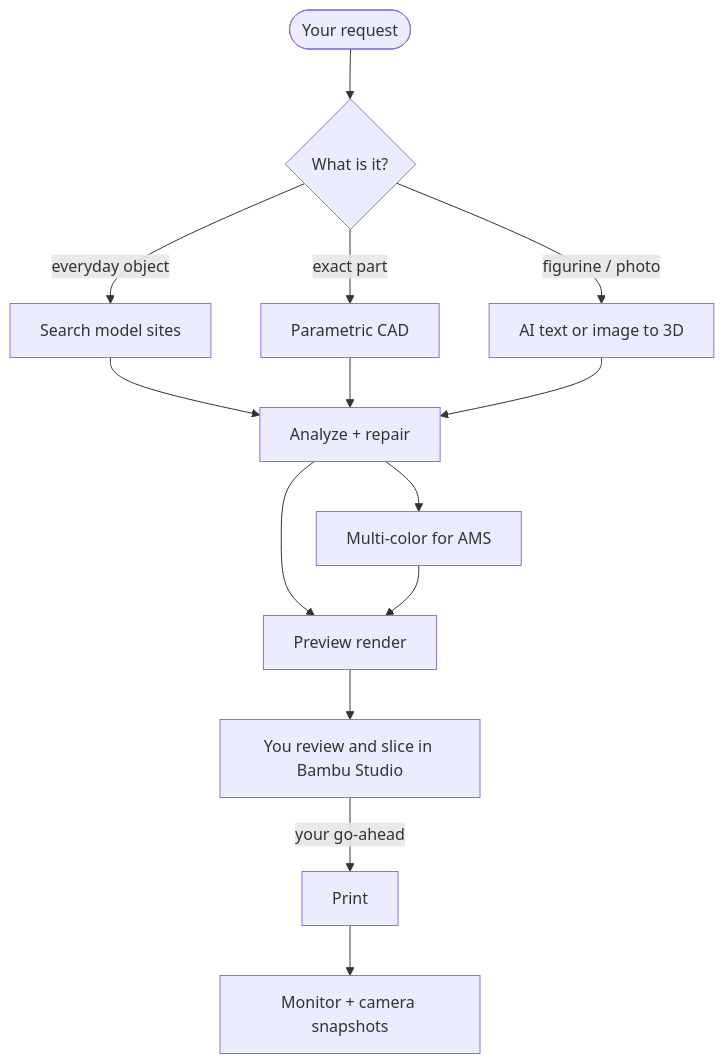
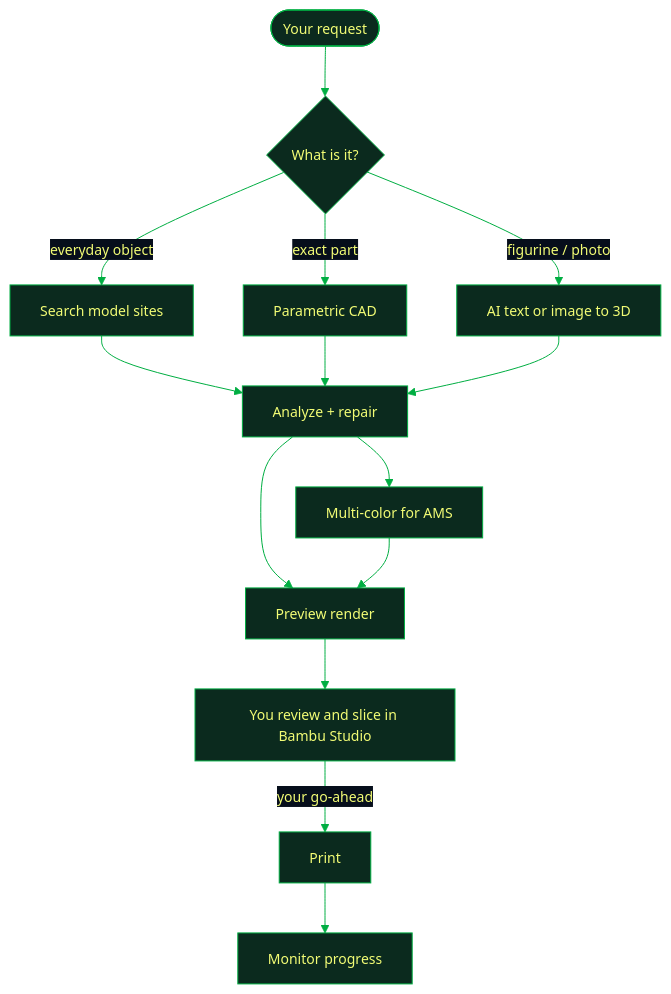
The diagram in README.md (heyixuan2/bambu-studio-ai), drawn with Mermaid before and after one commit. The commit also changed other lines of this file and 4 other files, not shown here.

````diff
--- a/README.md
+++ b/README.md
@@ -110,16 +191,17 @@
 ```mermaid
+%%{init: {'theme':'base','themeVariables':{'primaryColor':'#0B2A1E','primaryTextColor':'#F2FC75','primaryBorderColor':'#00AE42','lineColor':'#00AE42','secondaryColor':'#060E1B','tertiaryColor':'#0B2A1E','tertiaryTextColor':'#FFFFFF','edgeLabelBackground':'#060E1B','fontSize':'14px'}}}%%
 flowchart TD
     R([Your request]) --> S{What is it?}
     S -->|everyday object| A[Search model sites]
     S -->|exact part| B[Parametric CAD]
     S -->|figurine / photo| C[AI text or image to 3D]
     A --> D[Analyze + repair]
     B --> D
     C --> D
     D --> E[Multi-color for AMS]
     D --> F[Preview render]
     E --> F
     F --> G[You review and slice in Bambu Studio]
     G -->|your go-ahead| H[Print]
-    H --> I[Monitor + camera snapshots]
+    H --> I[Monitor progress]
 ```
````
